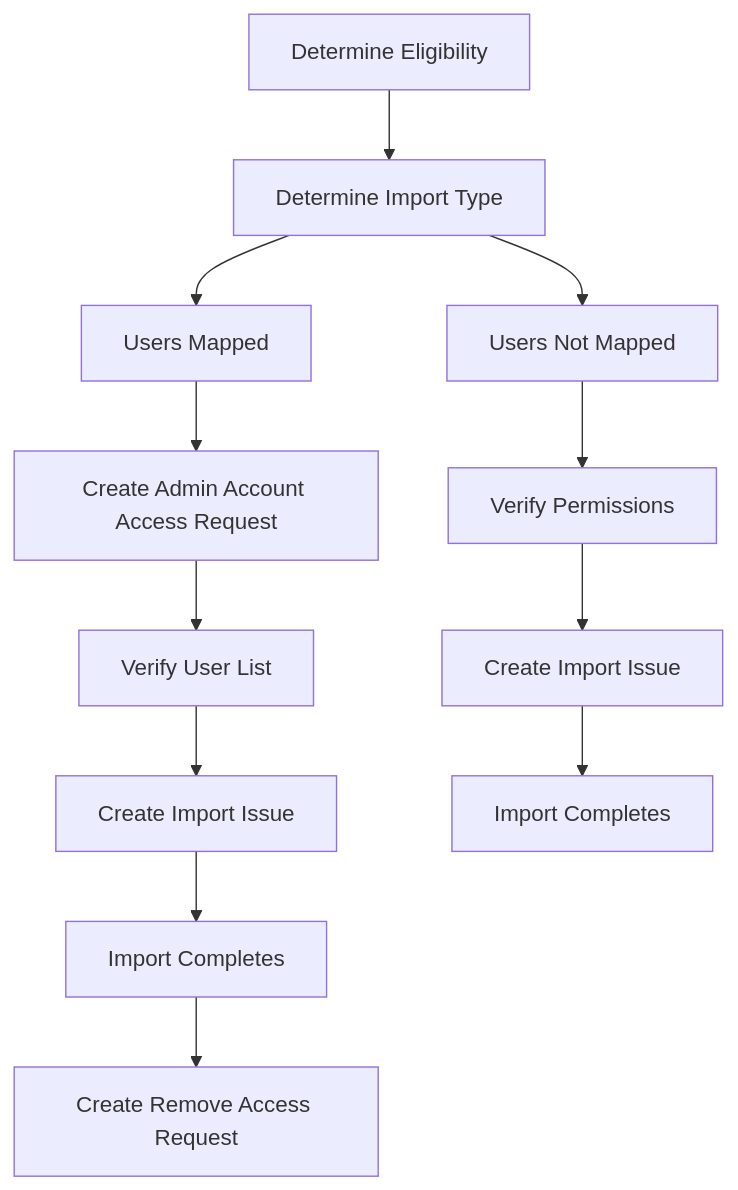
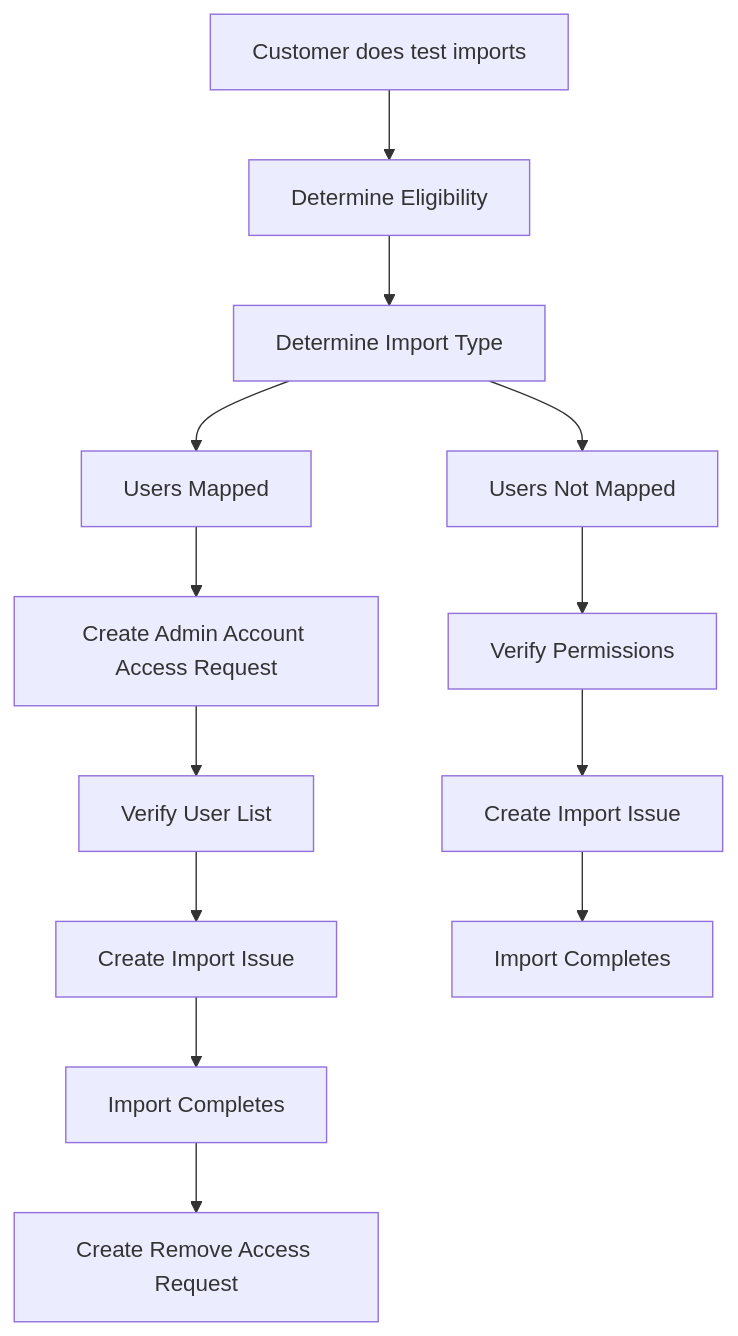
The diagram in support/workflows/importing_projects.html.md (secretstartups/handbook), drawn with Mermaid before and after one commit. The commit also changed other lines of this file, not shown here.

Commit message:
Add extra wording on test imports

````diff
--- a/support/workflows/importing_projects.html.md
+++ b/support/workflows/importing_projects.html.md
@@ -14,14 +14,16 @@
 ```mermaid
 graph TD;
-A[Determine Eligibility]-->B[Determine Import Type];
+M[Customer does test imports]
+-->A[Determine Eligibility]
+-->B[Determine Import Type];
 B-->C[Users Mapped];
 B-->D[Users Not Mapped];
 C-->F[Create Admin Account Access Request];
 F-->E[Verify User List];
 E-->H[Create Import Issue];
 H-->K[Import Completes];
 K-->G[Create Remove Access Request];
 D-->I[Verify Permissions];
 I-->J[Create Import Issue];
 J-->L[Import Completes];
 ```
````
